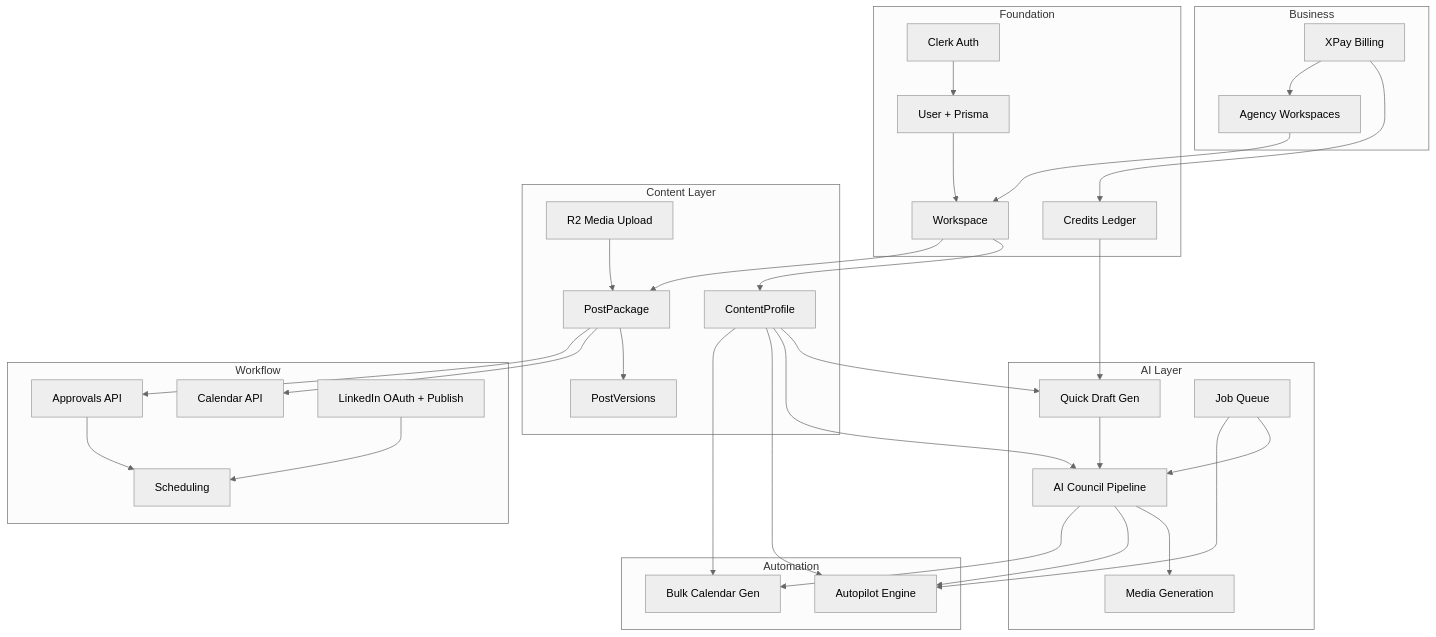
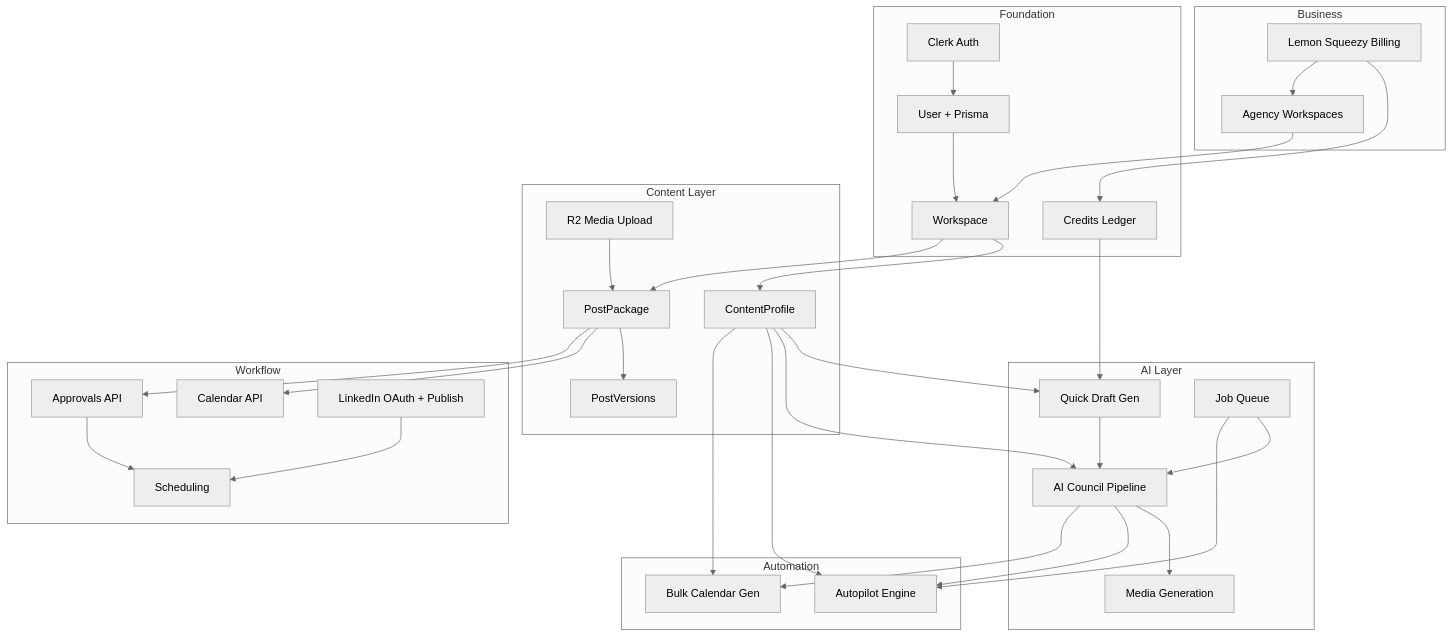
One commit to alizain143/linkedinpost changed the second of 2 diagrams in PRODUCT_OVERVIEW.md. Above: the diagram before and after it, drawn with Mermaid (neutral theme). The commit also changed other lines of this file and 50 other files, not shown here.

First line of the commit message:
Update billing integration from XPay to Lemon Squeezy

````diff
--- a/PRODUCT_OVERVIEW.md
+++ b/PRODUCT_OVERVIEW.md
@@ -367,65 +371,65 @@
 ```mermaid
 flowchart TD
   subgraph foundation [Foundation]
     Auth[Clerk Auth]
     User[User + Prisma]
     WS[Workspace]
     Credits[Credits Ledger]
   end
 
   subgraph content [Content Layer]
     Profile[ContentProfile]
     Post[PostPackage]
     Versions[PostVersions]
     MediaUpload[R2 Media Upload]
   end
 
   subgraph ai [AI Layer]
     QuickGen[Quick Draft Gen]
     Council[AI Council Pipeline]
     MediaGen[Media Generation]
     Jobs[Job Queue]
   end
 
   subgraph workflow [Workflow]
     Calendar[Calendar API]
     Approvals[Approvals API]
     Schedule[Scheduling]
     LinkedIn[LinkedIn OAuth + Publish]
   end
 
   subgraph automation [Automation]
     Autopilot[Autopilot Engine]
     BulkCal[Bulk Calendar Gen]
   end
 
   subgraph business [Business]
-    XPay[XPay Billing]
+    LemonSqueezy[Lemon Squeezy Billing]
     Agency[Agency Workspaces]
   end
 
   Auth --> User
   User --> WS
   WS --> Profile
   WS --> Post
   Credits --> QuickGen
   Profile --> QuickGen
   Post --> Versions
   MediaUpload --> Post
   Jobs --> Council
   QuickGen --> Council
   Profile --> Council
   Council --> MediaGen
   Post --> Calendar
   Post --> Approvals
   Approvals --> Schedule
   LinkedIn --> Schedule
   Profile --> Autopilot
   Council --> Autopilot
   Jobs --> Autopilot
   Council --> BulkCal
   Profile --> BulkCal
-  XPay --> Credits
-  XPay --> Agency
+  LemonSqueezy --> Credits
+  LemonSqueezy --> Agency
   Agency --> WS
 ```
````
